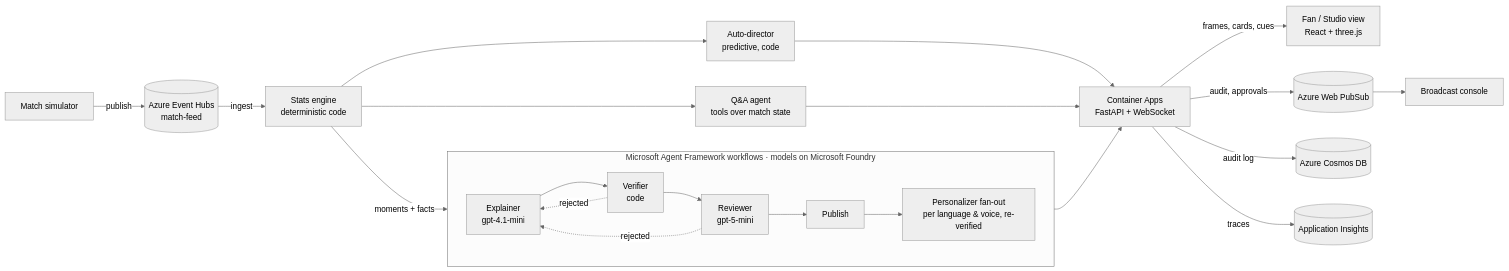
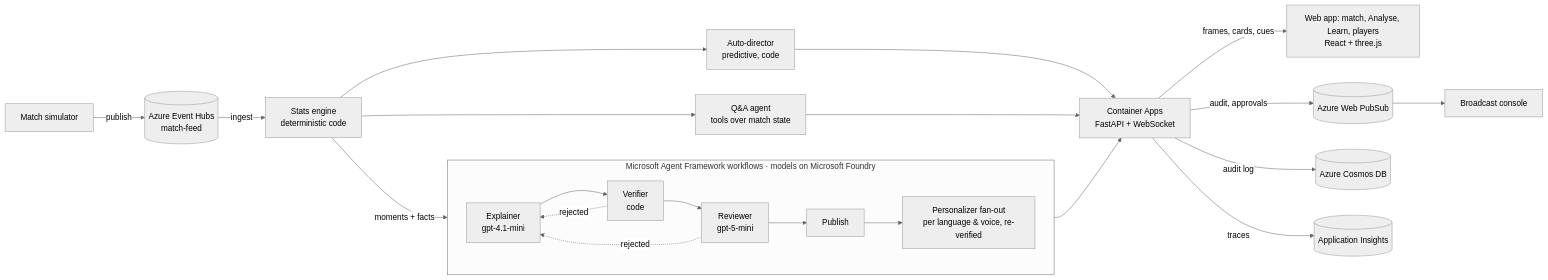
Before and after one commit to hansonq888/live-cards: the diagram in README.md, drawn with Mermaid (neutral theme). The commit also changed other lines of this file and 2 other files, not shown here.

````diff
--- a/README.md
+++ b/README.md
@@ -61,22 +79,22 @@
 ```mermaid
 flowchart LR
   SIM[Match simulator] -- publish --> EH[(Azure Event Hubs<br/>match-feed)]
   EH -- ingest --> ENG[Stats engine<br/>deterministic code]
   ENG -- moments + facts --> WF
   subgraph WF[Microsoft Agent Framework workflows · models on Microsoft Foundry]
     direction LR
     EX[Explainer<br/>gpt-4.1-mini] --> VF[Verifier<br/>code] --> RV[Reviewer<br/>gpt-5-mini] --> PUB[Publish]
     VF -. rejected .-> EX
     RV -. rejected .-> EX
     PUB --> PZ[Personalizer fan-out<br/>per language & voice, re-verified]
   end
   ENG --> DIR[Auto-director<br/>predictive, code]
   ENG --> QA[Q&A agent<br/>tools over match state]
   WF --> APP[Container Apps<br/>FastAPI + WebSocket]
   DIR --> APP
   QA --> APP
-  APP -- frames, cards, cues --> FAN[Fan / Studio view<br/>React + three.js]
+  APP -- frames, cards, cues --> FAN[Web app: match, Analyse, Learn, players<br/>React + three.js]
   APP -- audit, approvals --> WPS[(Azure Web PubSub)] --> CON[Broadcast console]
   APP -- audit log --> COS[(Azure Cosmos DB)]
   APP -- traces --> AI[(Application Insights)]
 ```
````
